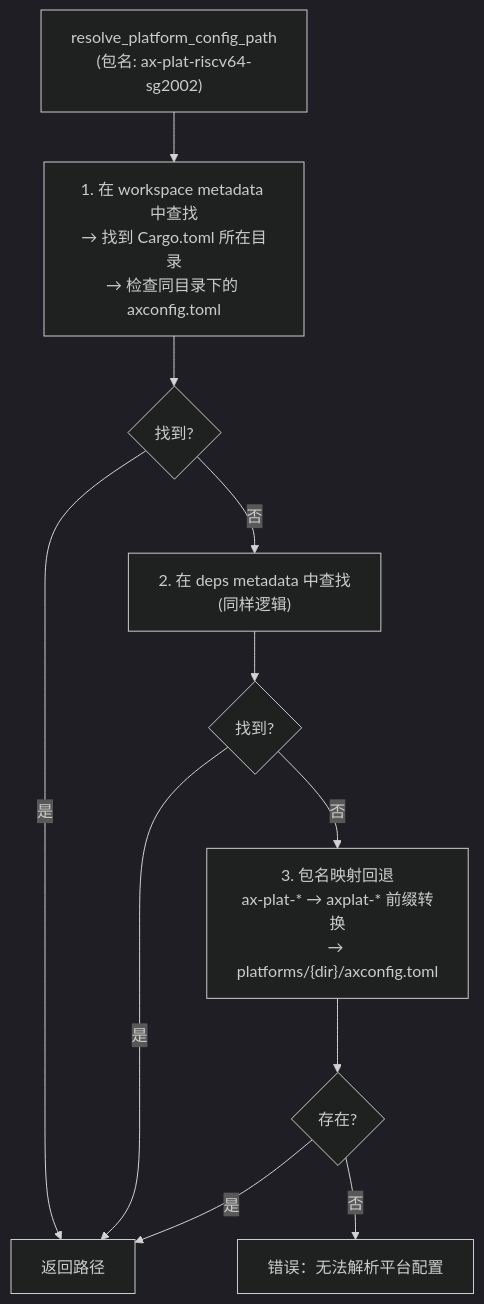
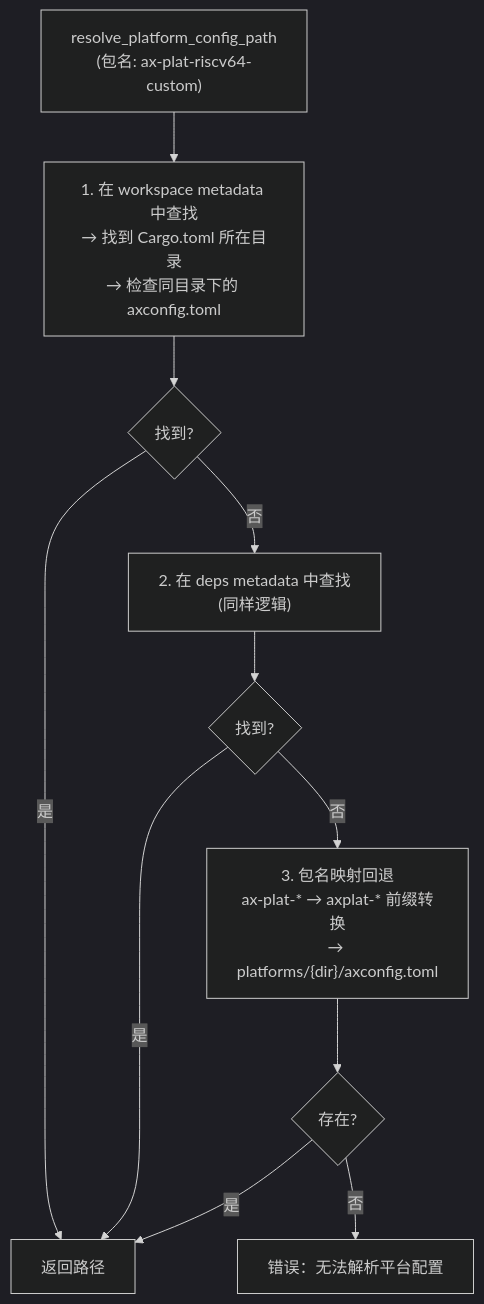
Before and after one commit to rcore-os/tgoskits: the seventh of 8 diagrams in docs/docs/build/build.md, drawn with Mermaid (dark theme). The commit also changed other lines of this file and 77 other files, not shown here.

````diff
--- a/docs/docs/build/build.md
+++ b/docs/docs/build/build.md
@@ -226,13 +226,13 @@
 ```mermaid
 flowchart TD
-    A["resolve_platform_config_path<br/>(包名: ax-plat-riscv64-sg2002)"] --> B["1. 在 workspace metadata 中查找<br/>→ 找到 Cargo.toml 所在目录<br/>→ 检查同目录下的 axconfig.toml"]
+    A["resolve_platform_config_path<br/>(包名: ax-plat-riscv64-custom)"] --> B["1. 在 workspace metadata 中查找<br/>→ 找到 Cargo.toml 所在目录<br/>→ 检查同目录下的 axconfig.toml"]
     B --> C{找到?}
     C -->|是| D["返回路径"]
     C -->|否| E["2. 在 deps metadata 中查找<br/>(同样逻辑)"]
     E --> F{找到?}
     F -->|是| D
     F -->|否| G["3. 包名映射回退<br/>ax-plat-* → axplat-* 前缀转换<br/>→ platforms/{dir}/axconfig.toml"]
     G --> H{存在?}
     H -->|是| D
     H -->|否| I["错误：无法解析平台配置"]
 ```
````
